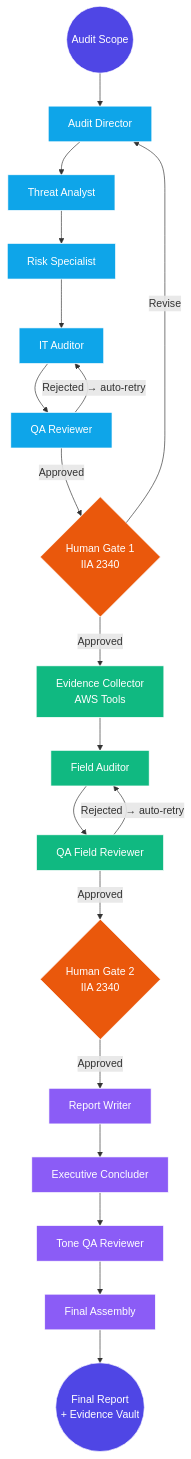
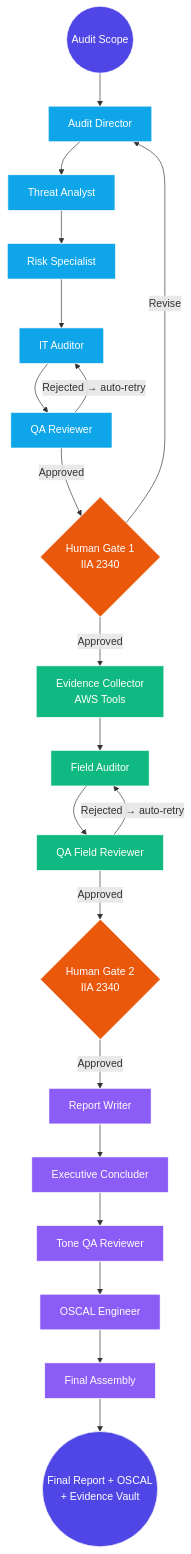
One commit to tvobrachini/grc-audit-swarm changed the diagram in README.md. Above: the diagram before and after it, drawn with Mermaid. The commit also changed other lines of this file and 8 other files, not shown here.

First line of the commit message:
docs: clean up obsolete files and sync architecture documentation

````diff
--- a/README.md
+++ b/README.md
@@ -44,29 +45,30 @@
 ```mermaid
 graph TD
     classDef init fill:#4f46e5,color:#fff,stroke:#fff
     classDef human fill:#ea580c,color:#fff,stroke:#fff
     classDef phase1 fill:#0ea5e9,color:#fff,stroke:#fff
     classDef phase2 fill:#10b981,color:#fff,stroke:#fff
     classDef phase3 fill:#8b5cf6,color:#fff,stroke:#fff
 
     Start((Audit Scope)):::init --> Dir[Audit Director]:::phase1
     Dir --> Ana[Threat Analyst]:::phase1
     Ana --> Spec[Risk Specialist]:::phase1
     Spec --> Aud[IT Auditor]:::phase1
     Aud --> QA1[QA Reviewer]:::phase1
     QA1 -- Rejected → auto-retry --> Aud
     QA1 -- Approved --> HR1{Human Gate 1\nIIA 2340}:::human
 
     HR1 -- Revise --> Dir
     HR1 -- Approved --> Col[Evidence Collector\nAWS Tools]:::phase2
     Col --> FA[Field Auditor]:::phase2
     FA --> QA2[QA Field Reviewer]:::phase2
     QA2 -- Rejected → auto-retry --> FA
     QA2 -- Approved --> HR2{Human Gate 2\nIIA 2340}:::human
 
     HR2 -- Approved --> Wr[Report Writer]:::phase3
     Wr --> Ex[Executive Concluder]:::phase3
     Ex --> QA3[Tone QA Reviewer]:::phase3
-    QA3 --> Asm[Final Assembly]:::phase3
-    Asm --> End((Final Report\n+ Evidence Vault)):::init
+    QA3 --> Osc[OSCAL Engineer]:::phase3
+    Osc --> Asm[Final Assembly]:::phase3
+    Asm --> End((Final Report + OSCAL\n+ Evidence Vault)):::init
 ```
````
